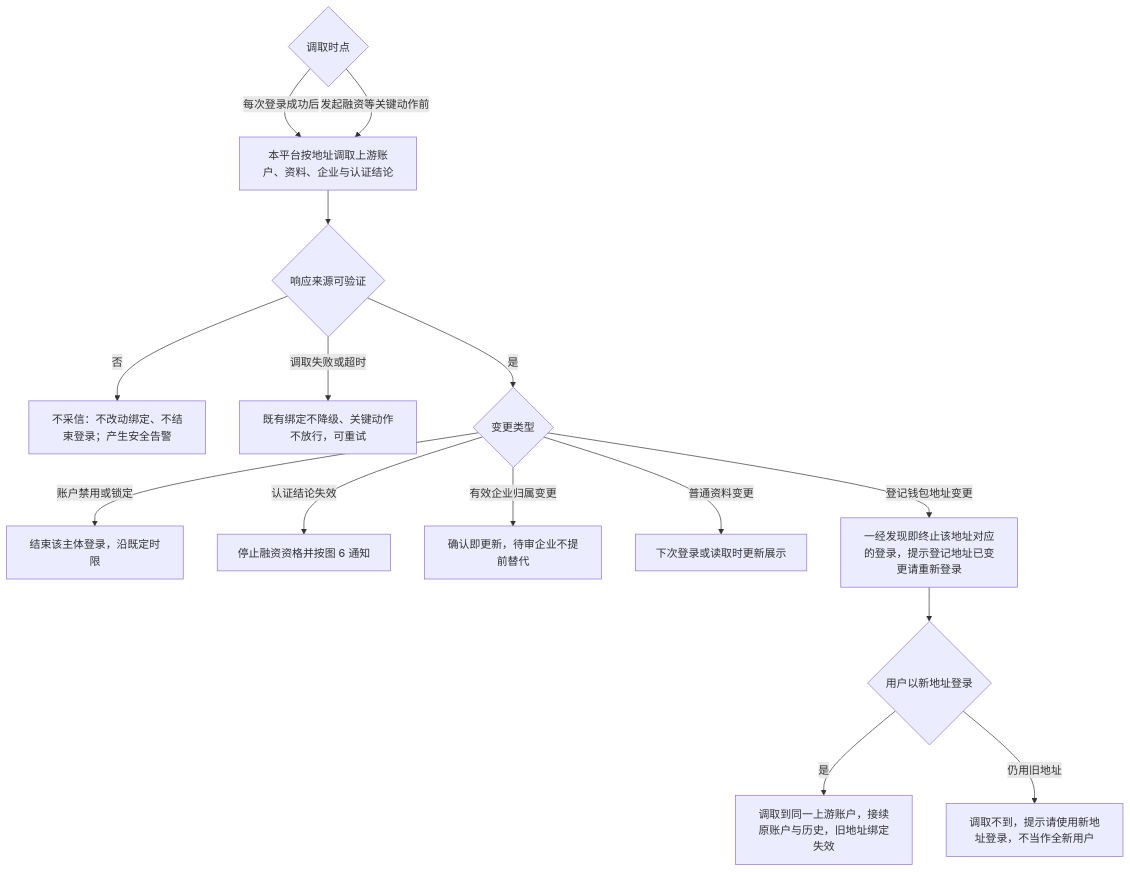
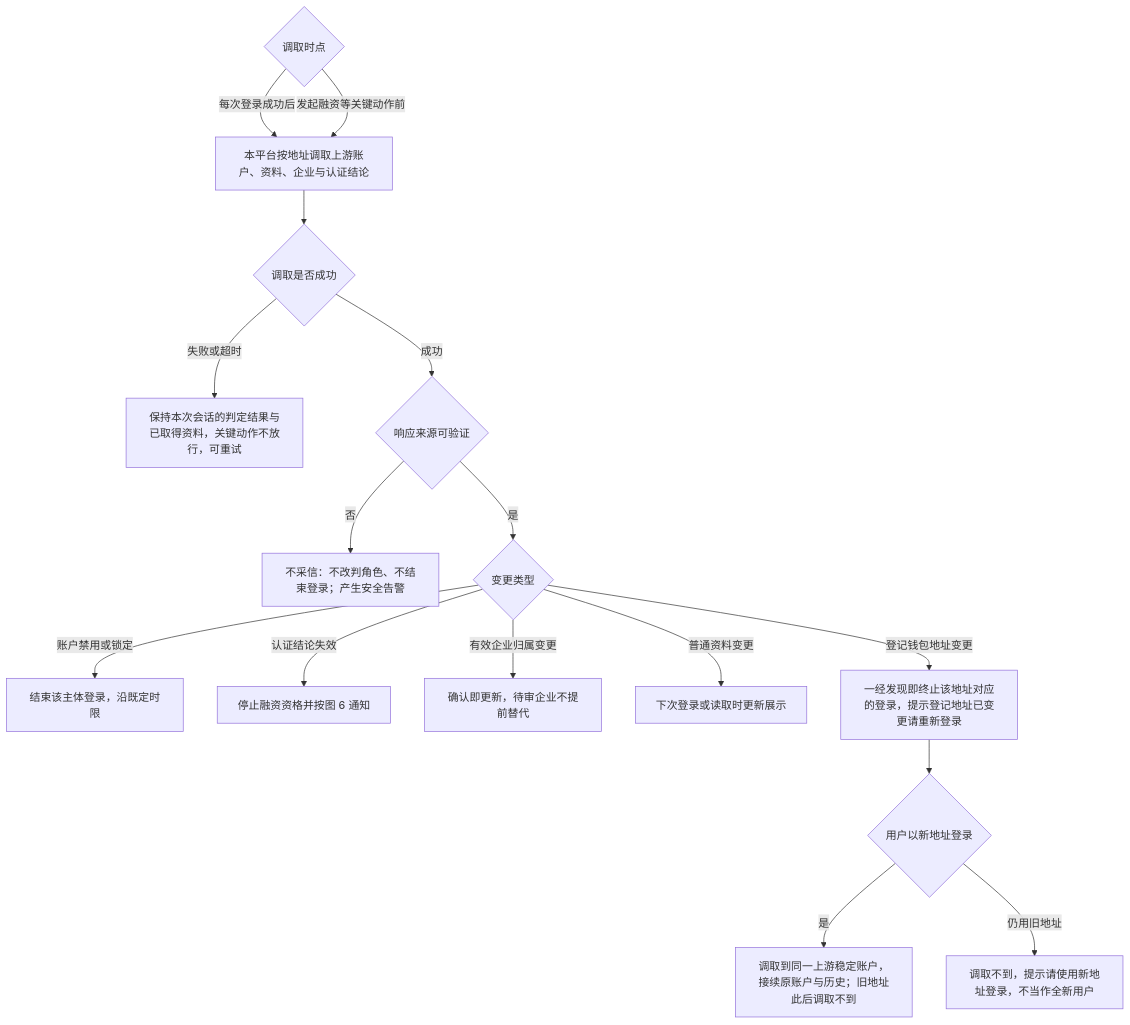
One commit to wxblockchain/Chain-Financing changed the seventh of 7 diagrams in lending-platform/PRD/v2.0-登录与账户体系/02-登录主干与资产方SSO接入-流程图与状态机.md. Above: the diagram before and after it, drawn with Mermaid. The commit also changed other lines of this file and 4 other files, not shown here.

````diff
--- a/lending-platform/PRD/v2.0-登录与账户体系/02-登录主干与资产方SSO接入-流程图与状态机.md
+++ b/lending-platform/PRD/v2.0-登录与账户体系/02-登录主干与资产方SSO接入-流程图与状态机.md
@@ -164,17 +164,18 @@
 ```mermaid
 flowchart TD
     SRC{"调取时点"} -->|每次登录成功后| READ["本平台按地址调取上游账户、资料、企业与认证结论"]
     SRC -->|发起融资等关键动作前| READ
-    READ --> VERIFY{"响应来源可验证"}
-    VERIFY -->|否| ALERT["不采信：不改动绑定、不结束登录；产生安全告警"]
-    VERIFY -->|调取失败或超时| KEEP["既有绑定不降级、关键动作不放行，可重试"]
+    READ --> OK{"调取是否成功"}
+    OK -->|失败或超时| KEEP["保持本次会话的判定结果与已取得资料，关键动作不放行，可重试"]
+    OK -->|成功| VERIFY{"响应来源可验证"}
+    VERIFY -->|否| ALERT["不采信：不改判角色、不结束登录；产生安全告警"]
     VERIFY -->|是| KIND{"变更类型"}
     KIND -->|账户禁用或锁定| END["结束该主体登录，沿既定时限"]
     KIND -->|认证结论失效| DOWN["停止融资资格并按图 6 通知"]
     KIND -->|有效企业归属变更| ORG["确认即更新，待审企业不提前替代"]
     KIND -->|普通资料变更| MINOR["下次登录或读取时更新展示"]
     KIND -->|登记钱包地址变更| STOP["一经发现即终止该地址对应的登录，提示登记地址已变更请重新登录"]
     STOP --> RELOGIN{"用户以新地址登录"}
-    RELOGIN -->|是| SAME["调取到同一上游账户，接续原账户与历史，旧地址绑定失效"]
+    RELOGIN -->|是| SAME["调取到同一上游稳定账户，接续原账户与历史；旧地址此后调取不到"]
     RELOGIN -->|仍用旧地址| TELL["调取不到，提示请使用新地址登录，不当作全新用户"]
 ```
````
